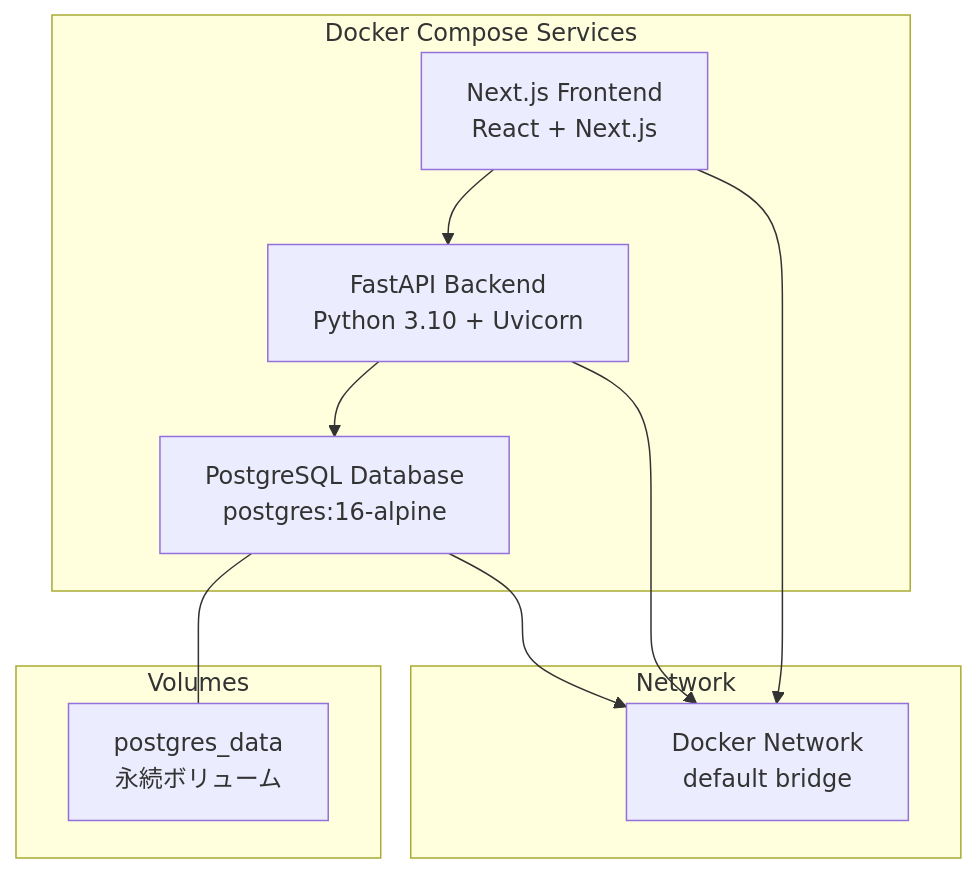
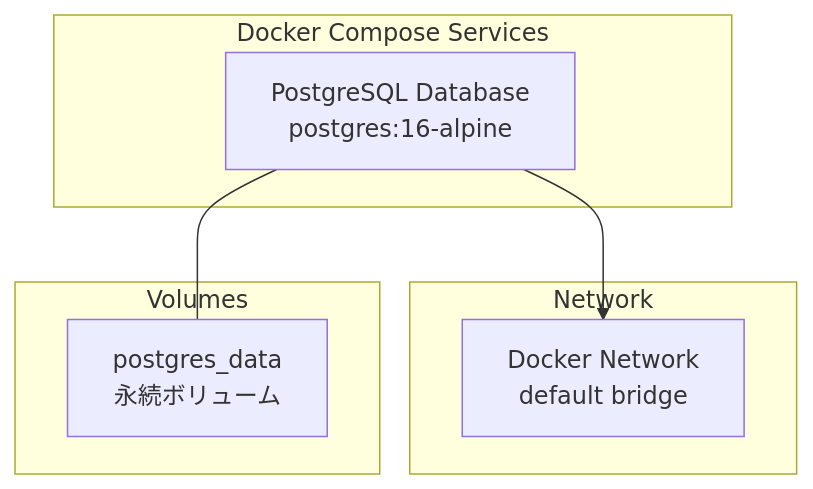
Before and after one commit to ss8806/Todos: the first of 8 diagrams in .qoder/repowiki/ja/content/Dockerコンテナ化.md, drawn with Mermaid. The commit also changed other lines of this file and 6 other files, not shown here.

````diff
--- a/.qoder/repowiki/ja/content/Dockerコンテナ化.md
+++ b/.qoder/repowiki/ja/content/Dockerコンテナ化.md
@@ -38,20 +40,14 @@
 ```mermaid
 graph TB
 subgraph "Docker Compose Services"
 DB["PostgreSQL Database<br/>postgres:16-alpine"]
-BACKEND["FastAPI Backend<br/>Python 3.10 + Uvicorn"]
-FRONTEND["Next.js Frontend<br/>React + Next.js"]
 end
 subgraph "Network"
 NETWORK["Docker Network<br/>default bridge"]
 end
 subgraph "Volumes"
 VOLUME["postgres_data<br/>永続ボリューム"]
 end
 DB --- VOLUME
-BACKEND --> DB
-FRONTEND --> BACKEND
-BACKEND --> NETWORK
-FRONTEND --> NETWORK
 DB --> NETWORK
 ```
````
